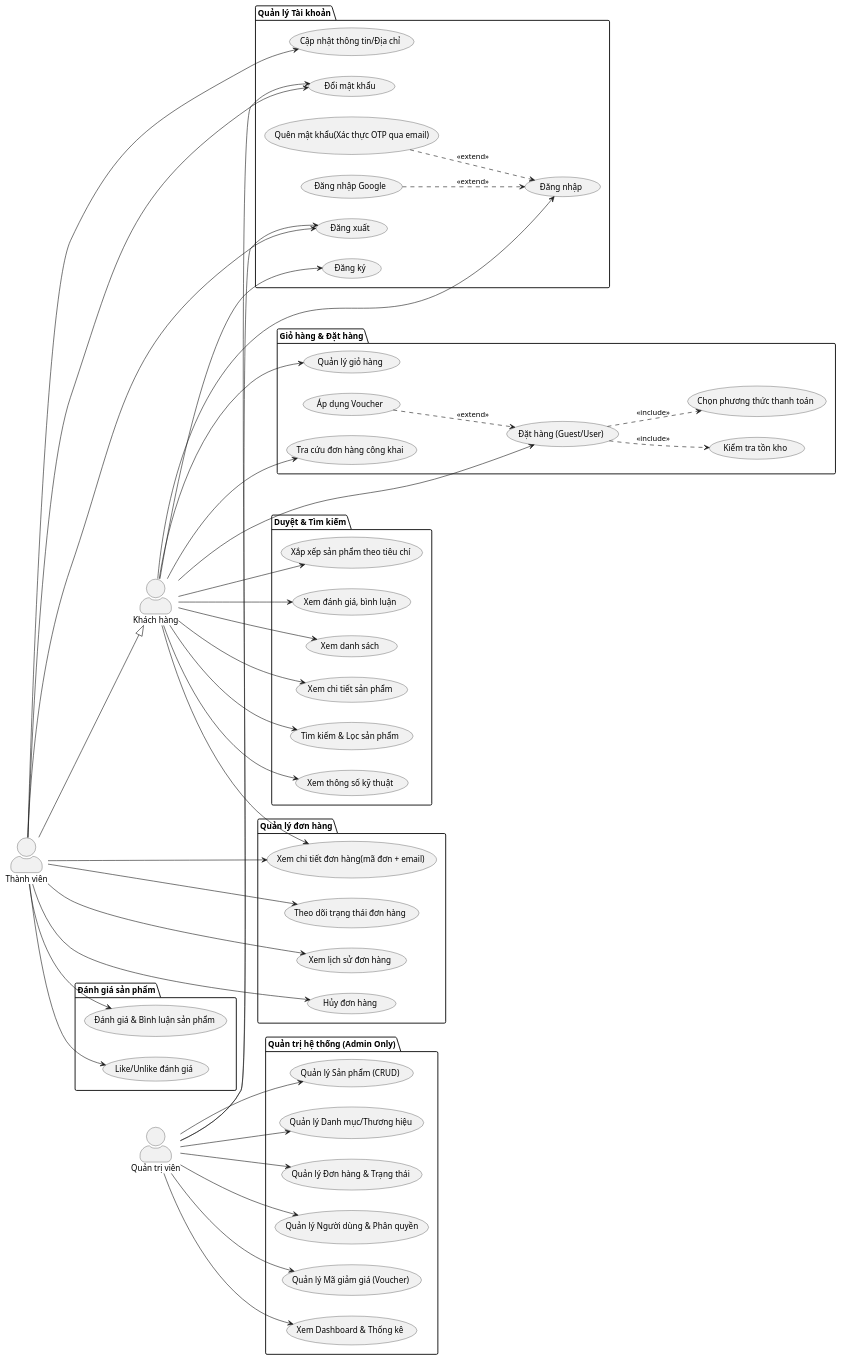
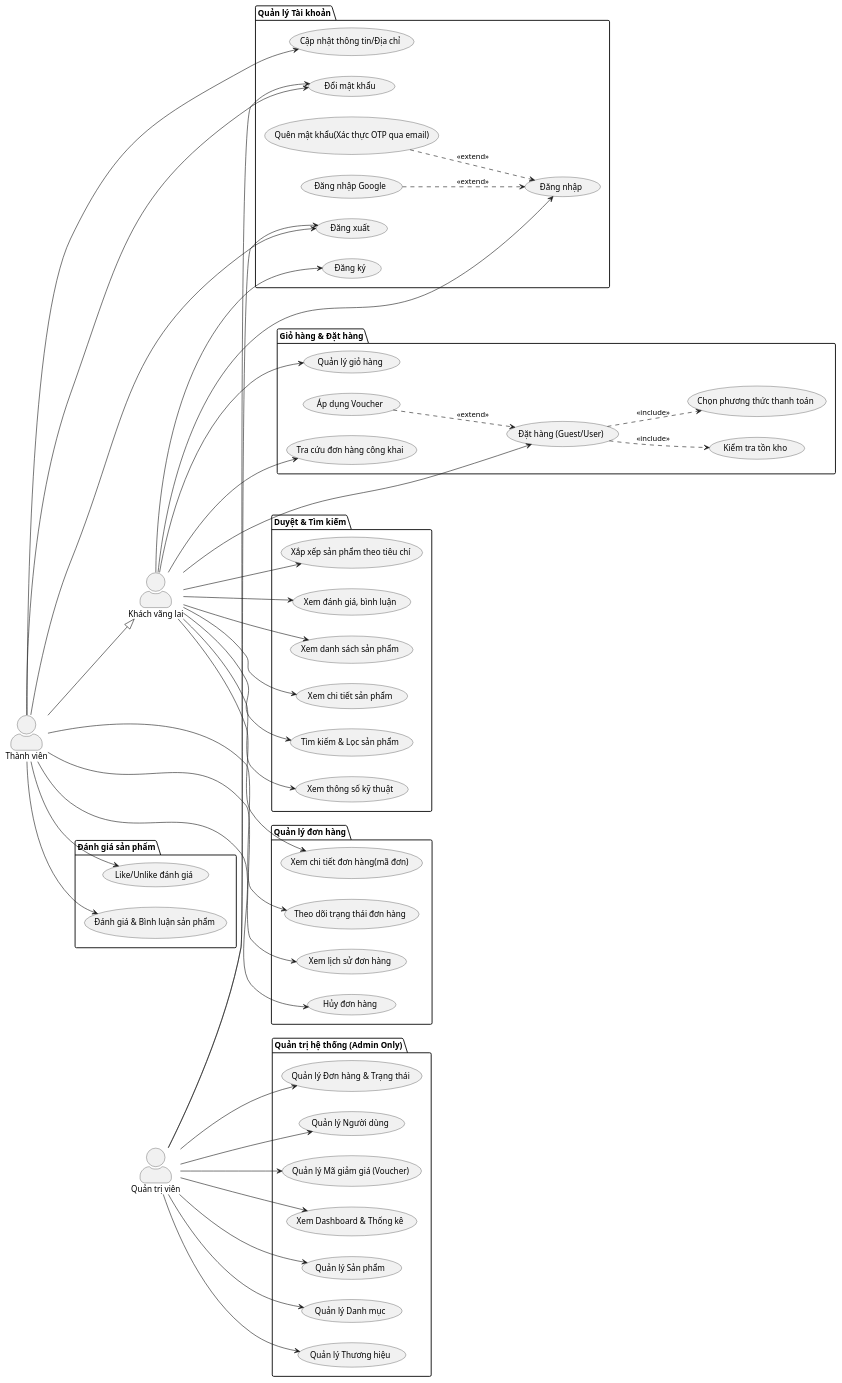
The diagram in src/use_case_diagram_ecommerce.puml (trihieuvo/justFUML), drawn with PlantUML before and after one commit.

Commit message:
Refactor use-case labels and admin use cases
Update Vietnamese use-case labels and actor names for clarity: rename guest actor to 'Khách vãng lai', change 'Xem danh sách' to 'Xem danh sách sản phẩm', and remove the '+ email' requirement from order detail. Split combined category/brand management into separate 'Quản lý Danh mục' and 'Quản lý Thương hiệu' use cases and add admin->brand association. Also simplify product/user management labels and remove the user->order detail association to reflect role/responsibility adjustments.

```diff
--- a/src/use_case_diagram_ecommerce.puml
+++ b/src/use_case_diagram_ecommerce.puml
@@ -1,105 +1,106 @@
 @startuml
 skinparam actorStyle awesome
 left to right direction
 
-actor "Khách hàng" as Guest
+actor "Khách vãng lai" as Guest
 actor "Thành viên" as User
 actor "Quản trị viên" as Admin
 
 ' Thừa kế: Thành viên có mọi quyền của Khách hàng
 User --|> Guest
 
 package "Quản lý Tài khoản" {
     usecase "Đăng ký" as UC_Register
     usecase "Đăng nhập" as UC_Login
     usecase "Đổi mật khẩu" as UC_ChangePass
     usecase "Đăng nhập Google" as UC_OAuth
     usecase "Quên mật khẩu(Xác thực OTP qua email)" as UC_OTP
     usecase "Cập nhật thông tin/Địa chỉ" as UC_Profile
     usecase "Đăng xuất" as UC_Logout
     UC_OAuth ..> UC_Login : <<extend>>
     UC_OTP   ..> UC_Login : <<extend>>
 }
 
 package "Duyệt & Tìm kiếm" {
-    usecase "Xem danh sách" as UC_ViewProd
+    usecase "Xem danh sách sản phẩm" as UC_ViewProd
     usecase "Xem chi tiết sản phẩm" as UC_ViewDetail
     usecase "Tìm kiếm & Lọc sản phẩm" as UC_Search
     usecase "Xem thông số kỹ thuật" as UC_ViewSpec
     usecase "Xắp xếp sản phẩm theo tiêu chí" as UC_Sort
     usecase "Xem đánh giá, bình luận" as UC_ViewReview
 }
 
 package "Giỏ hàng & Đặt hàng" {
     usecase "Quản lý giỏ hàng" as UC_Cart
     usecase "Đặt hàng (Guest/User)" as UC_Checkout
     usecase "Áp dụng Voucher" as UC_Voucher_Use
     usecase "Kiểm tra tồn kho" as UC_Stock_Check
     usecase "Tra cứu đơn hàng công khai" as UC_Track_Public
     usecase "Chọn phương thức thanh toán" as UC_Payment
 
     UC_Checkout ..> UC_Stock_Check : <<include>>
     UC_Voucher_Use ..> UC_Checkout : <<extend>>
     UC_Checkout ..> UC_Payment : <<include>>
 }
 
 package "Quản lý đơn hàng" {
     usecase "Xem lịch sử đơn hàng" as UC_History
-    usecase "Xem chi tiết đơn hàng(mã đơn + email) " as UC_Order_Detail
+    usecase "Xem chi tiết đơn hàng(mã đơn) " as UC_Order_Detail
     usecase "Hủy đơn hàng" as UC_Cancel_Order
     usecase "Theo dõi trạng thái đơn hàng" as UC_Track_Order
 }
 
 package "Đánh giá sản phẩm" {
     usecase "Đánh giá & Bình luận sản phẩm" as UC_Rate
     usecase "Like/Unlike đánh giá" as UC_Like_Review
 }
 
 
 
 package "Quản trị hệ thống (Admin Only)" {
     usecase "Xem Dashboard & Thống kê" as UC_Dash
-    usecase "Quản lý Sản phẩm (CRUD)" as UC_Mng_Prod
-    usecase "Quản lý Danh mục/Thương hiệu" as UC_Mng_Cat
+    usecase "Quản lý Sản phẩm" as UC_Mng_Prod
+    usecase "Quản lý Danh mục" as UC_Mng_Cat
+    usecase "Quản lý Thương hiệu" as UC_Mng_Brand
     usecase "Quản lý Đơn hàng & Trạng thái" as UC_Mng_Order
-    usecase "Quản lý Người dùng & Phân quyền" as UC_Mng_User
+    usecase "Quản lý Người dùng" as UC_Mng_User
     usecase "Quản lý Mã giảm giá (Voucher)" as UC_Mng_Voucher
 }
 
 ' Kết nối Khách hàng (Guest)
 Guest --> UC_Register
 Guest --> UC_Login
 Guest --> UC_ViewProd
 Guest --> UC_Search
 Guest --> UC_Cart
 Guest --> UC_Checkout
 Guest --> UC_Track_Public
 Guest --> UC_ViewReview
 Guest --> UC_ViewDetail
 Guest --> UC_ViewSpec
 Guest --> UC_Sort
 Guest --> UC_Order_Detail
 
 ' Kết nối Thành viên (User)
 User --> UC_Profile
 User --> UC_ChangePass
 User --> UC_Logout
 User --> UC_History
-User --> UC_Order_Detail
 User --> UC_Cancel_Order
 User --> UC_Track_Order
 User --> UC_Rate
 User --> UC_Like_Review
 
 ' Kết nối Admin
 Admin --> UC_Dash
 Admin --> UC_Mng_Prod
 Admin --> UC_Mng_Cat
+Admin --> UC_Mng_Brand
 Admin --> UC_Mng_Order
 Admin --> UC_Mng_User
 Admin --> UC_Mng_Voucher
 Admin --> UC_ChangePass
 Admin --> UC_Logout
 
 
 @enduml
```
